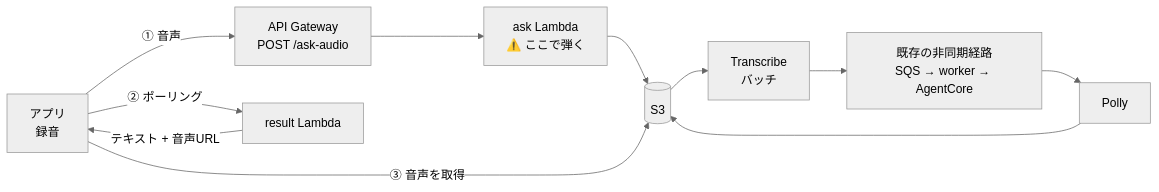
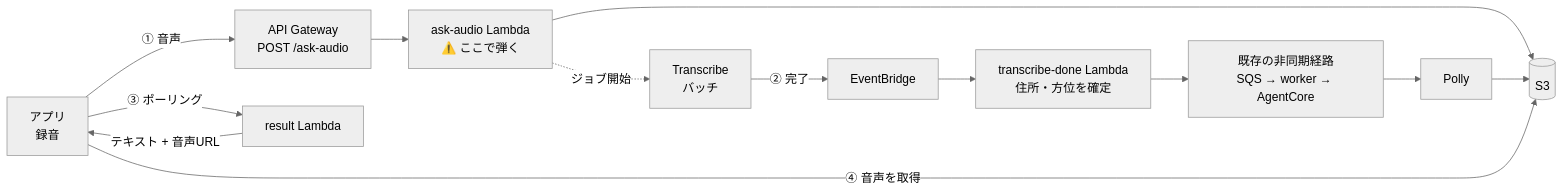
One commit to h-akira/TouringProject changed the second of 3 diagrams in docs/01_architecture.md. Above: the diagram before and after it, drawn with Mermaid (neutral theme). The commit also changed other lines of this file and 3 other files, not shown here.

First line of the commit message:
docs: correct the audio flow, and drop a rule nobody agreed to

````diff
--- a/docs/01_architecture.md
+++ b/docs/01_architecture.md
@@ -190,13 +190,15 @@
 ```mermaid
 flowchart LR
     App["アプリ<br/>録音"] -->|"① 音声"| GW["API Gateway<br/>POST /ask-audio"]
-    GW --> L["ask Lambda<br/>⚠️ ここで弾く"]
+    GW --> L["ask-audio Lambda<br/>⚠️ ここで弾く"]
     L --> S3[("S3")]
-    S3 --> T["Transcribe<br/>バッチ"]
-    T --> W["既存の非同期経路<br/>SQS → worker → AgentCore"]
-    W --> P["Polly"]
+    L -.->|"ジョブ開始"| T["Transcribe<br/>バッチ"]
+    T -->|"② 完了"| EB["EventBridge"]
+    EB --> TD["transcribe-done Lambda<br/>住所・方位を確定"]
+    TD --> Q["既存の非同期経路<br/>SQS → worker → AgentCore"]
+    Q --> P["Polly"]
     P --> S3
-    App -->|"② ポーリング"| R["result Lambda"]
+    App -->|"③ ポーリング"| R["result Lambda"]
     R -->|"テキスト + 音声URL"| App
-    App -->|"③ 音声を取得"| S3
+    App -->|"④ 音声を取得"| S3
 ```
````
